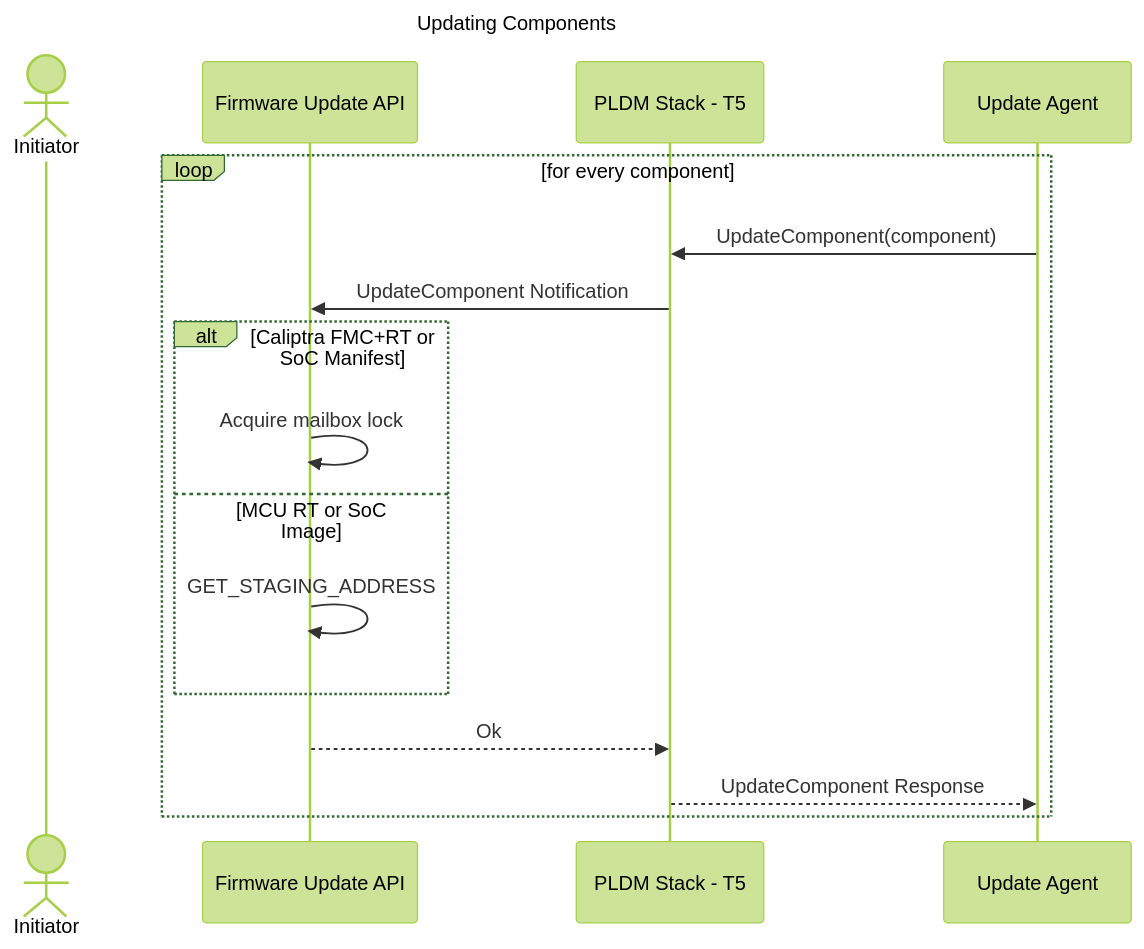
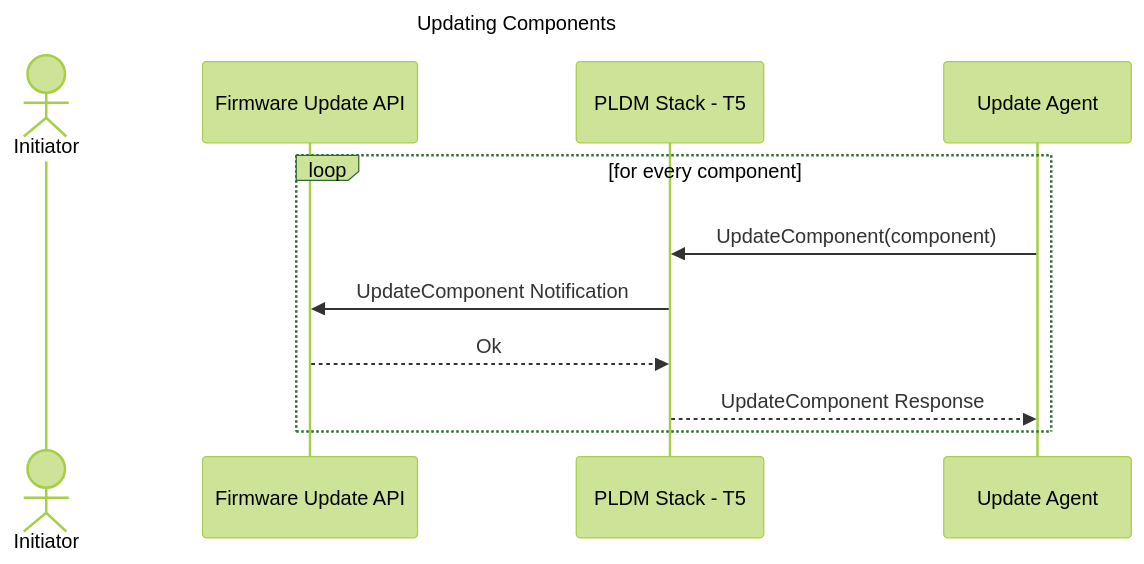
One commit to chipsalliance/caliptra-mcu-sw changed the fifth of 9 diagrams in docs/src/firmware_update.md. Above: the diagram before and after it, drawn with Mermaid (forest theme). The commit also changed other lines of this file, not shown here.

````diff
--- a/docs/src/firmware_update.md
+++ b/docs/src/firmware_update.md
@@ -91,23 +91,16 @@
 ```mermaid
 sequenceDiagram
     title Updating Components
 
     actor App as Initiator
     participant API as Firmware Update API
     participant Firmware as PLDM Stack - T5
     participant PLDM as Update Agent
 
     loop for every component
         PLDM->>Firmware: UpdateComponent(component)
         Firmware->>API: UpdateComponent Notification
-
-        alt Caliptra FMC+RT or SoC Manifest
-            API->>API: Acquire mailbox lock
-        else MCU RT or SoC Image
-            API->>API: GET_STAGING_ADDRESS
-        end
-
         API-->>Firmware: Ok
         Firmware-->>PLDM: UpdateComponent Response
     end
 ```
````
